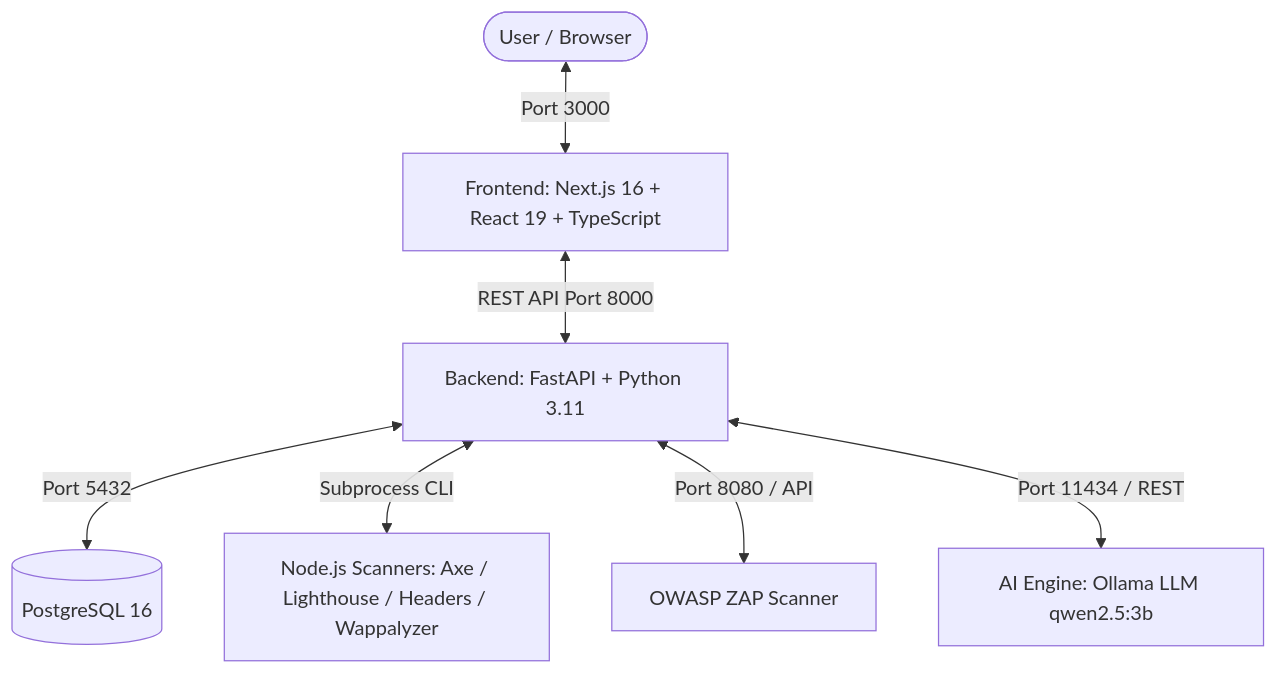
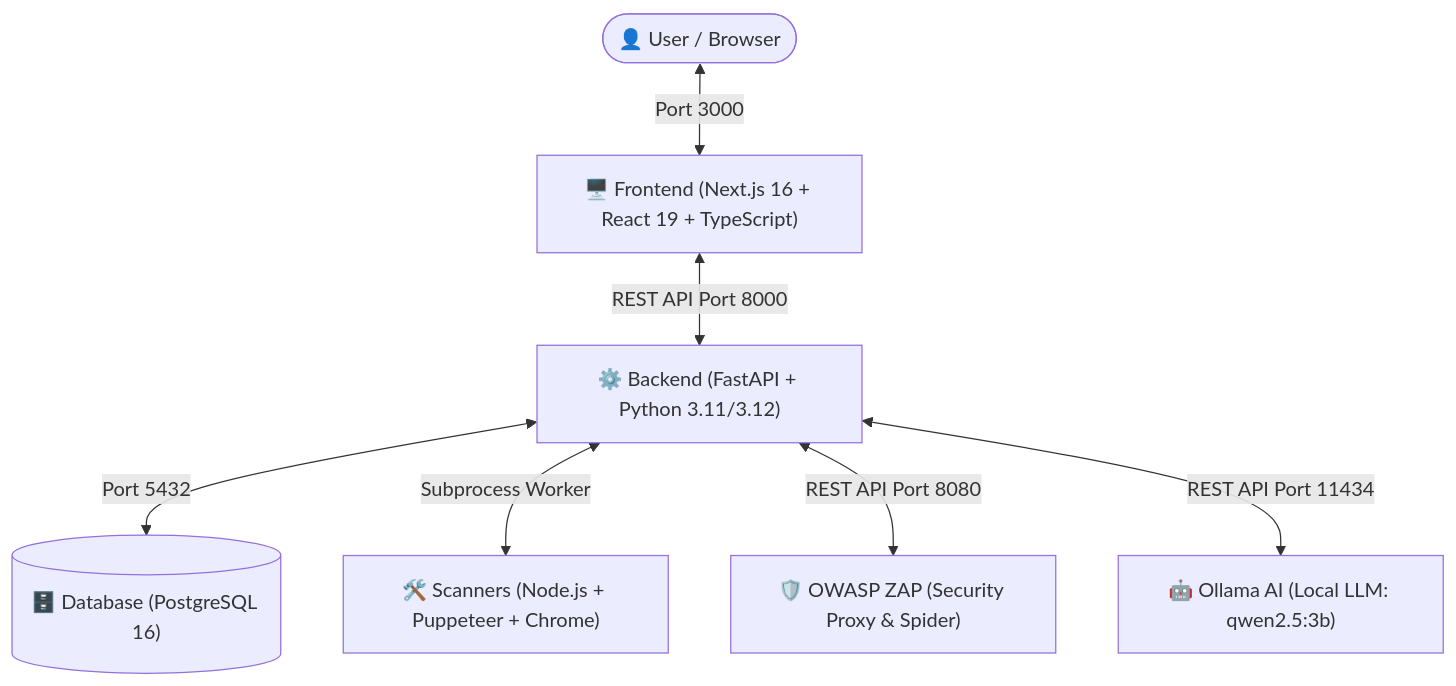
The diagram in README.md (Natsu-hub03/Development-of-an-Automated-Framework-for-Website-Quality-and-Security-Assessment-Based-on-Integrate), drawn with Mermaid before and after one commit. The commit also changed other lines of this file and 38 other files, not shown here.

````diff
--- a/README.md
+++ b/README.md
@@ -9,9 +47,9 @@
 ```mermaid
 graph TD
-    User([User / Browser]) <-->|Port 3000| Frontend[Frontend: Next.js 16 + React 19 + TypeScript]
-    Frontend <-->|REST API Port 8000| Backend[Backend: FastAPI + Python 3.11]
-    Backend <-->|Port 5432| DB[(PostgreSQL 16)]
-    Backend <-->|Subprocess CLI| NodeScanners[Node.js Scanners: Axe / Lighthouse / Headers / Wappalyzer]
-    Backend <-->|Port 8080 / API| ZAP[OWASP ZAP Scanner]
-    Backend <-->|Port 11434 / REST| Ollama[AI Engine: Ollama LLM qwen2.5:3b]
+    User([👤 User / Browser]) <-->|Port 3000| FE["🖥️ Frontend (Next.js 16 + React 19 + TypeScript)"]
+    FE <-->|REST API Port 8000| BE["⚙️ Backend (FastAPI + Python 3.11/3.12)"]
+    BE <-->|Port 5432| DB[("🗄️ Database (PostgreSQL 16)")]
+    BE <-->|Subprocess Worker| Scanners["🛠️ Scanners (Node.js + Puppeteer + Chrome)"]
+    BE <-->|REST API Port 8080| ZAP["🛡️ OWASP ZAP (Security Proxy & Spider)"]
+    BE <-->|REST API Port 11434| Ollama["🤖 Ollama AI (Local LLM: qwen2.5:3b)"]
 ```
````
